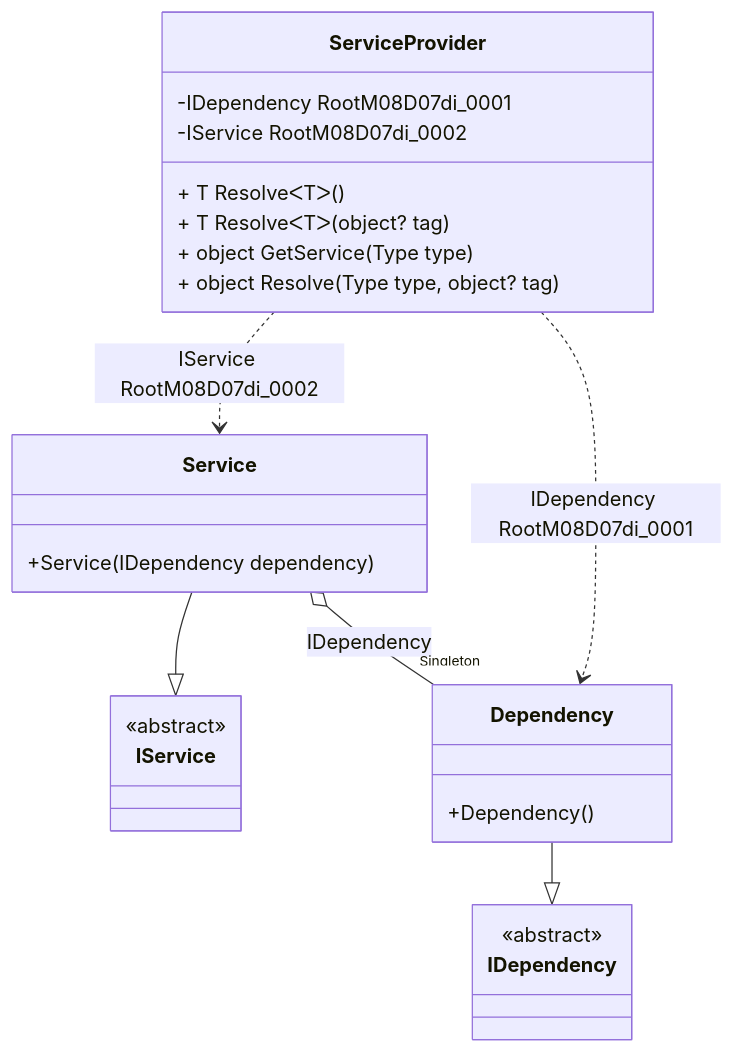
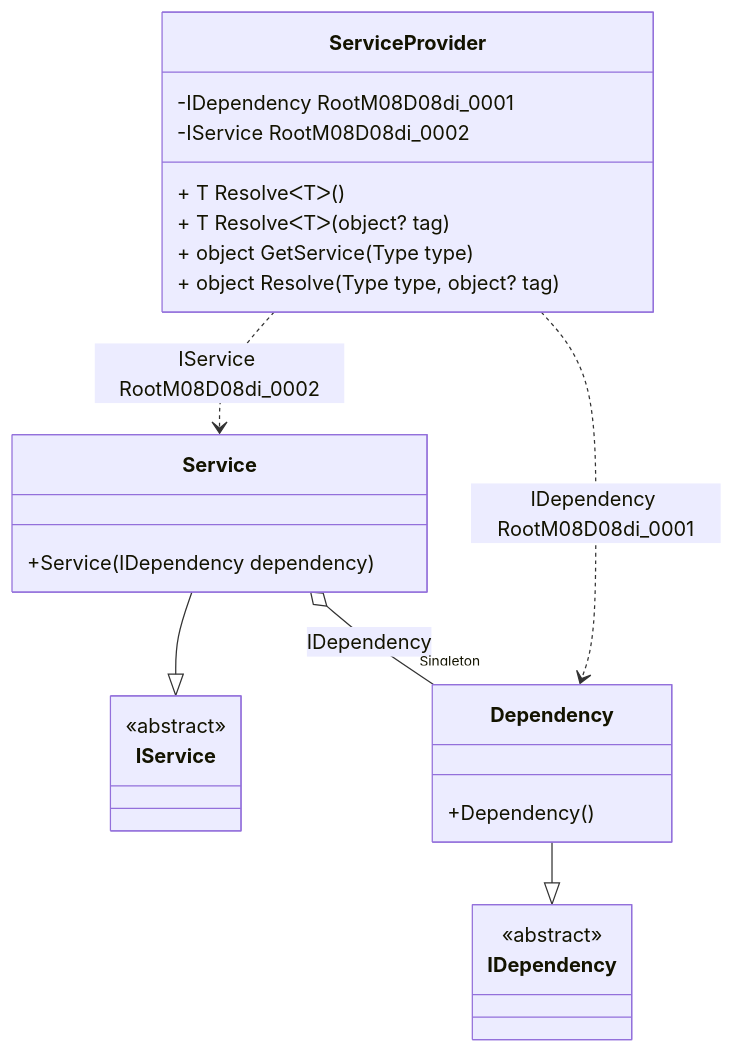
One commit to DevTeam/Pure.DI changed the diagram in readme/service-provider.md. Above: the diagram before and after it, drawn with Mermaid. The commit also changed 10 other files, not shown here.

````diff
--- a/readme/service-provider.md
+++ b/readme/service-provider.md
@@ -50,28 +50,28 @@
 ```mermaid
 classDiagram
   class ServiceProvider {
-    -IDependency RootM08D07di_0001
-    -IService RootM08D07di_0002
+    -IDependency RootM08D08di_0001
+    -IService RootM08D08di_0002
     + T ResolveᐸTᐳ()
     + T ResolveᐸTᐳ(object? tag)
     + object GetService(Type type)
     + object Resolve(Type type, object? tag)
   }
   Service --|> IService : 
   class Service {
     +Service(IDependency dependency)
   }
   Dependency --|> IDependency : 
   class Dependency {
     +Dependency()
   }
   class IService {
     <<abstract>>
   }
   class IDependency {
     <<abstract>>
   }
   Service o--  "Singleton" Dependency : IDependency
-  ServiceProvider ..> Dependency : IDependency RootM08D07di_0001
-  ServiceProvider ..> Service : IService RootM08D07di_0002
+  ServiceProvider ..> Dependency : IDependency RootM08D08di_0001
+  ServiceProvider ..> Service : IService RootM08D08di_0002
 ```
````
